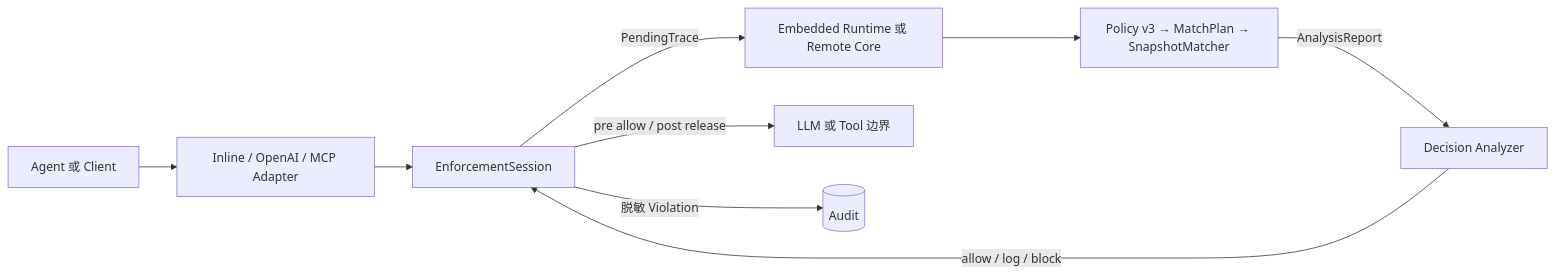
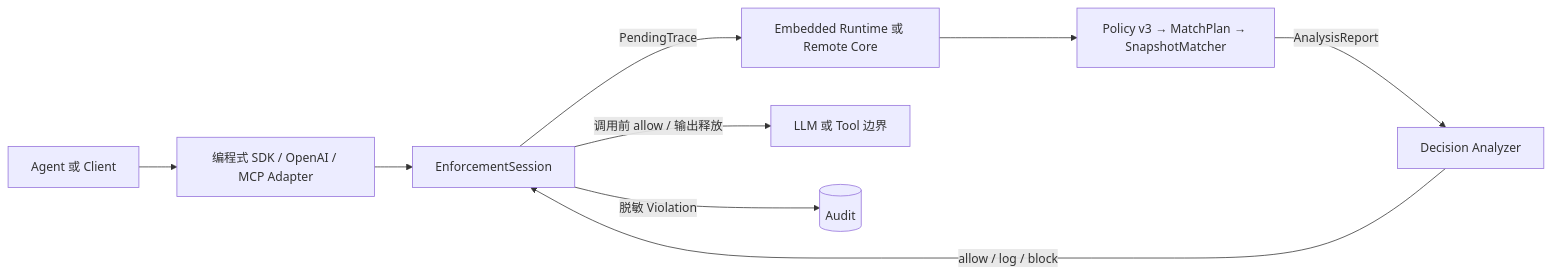
Before and after one commit to cipeizheng/agent-guardrail: the diagram in README.zh-CN.md, drawn with Mermaid. The commit also changed other lines of this file and 86 other files, not shown here.

````diff
--- a/README.zh-CN.md
+++ b/README.zh-CN.md
@@ -38,11 +40,11 @@
 ```mermaid
 flowchart LR
-    A[Agent 或 Client] --> B[Inline / OpenAI / MCP Adapter]
+    A[Agent 或 Client] --> B[编程式 SDK / OpenAI / MCP Adapter]
     B --> C[EnforcementSession]
     C -->|PendingTrace| D[Embedded Runtime 或 Remote Core]
     D --> E[Policy v3 → MatchPlan → SnapshotMatcher]
     E -->|AnalysisReport| F[Decision Analyzer]
     F -->|allow / log / block| C
-    C -->|pre allow / post release| G[LLM 或 Tool 边界]
+    C -->|调用前 allow / 输出释放| G[LLM 或 Tool 边界]
     C -->|脱敏 Violation| H[(Audit)]
 ```
````
